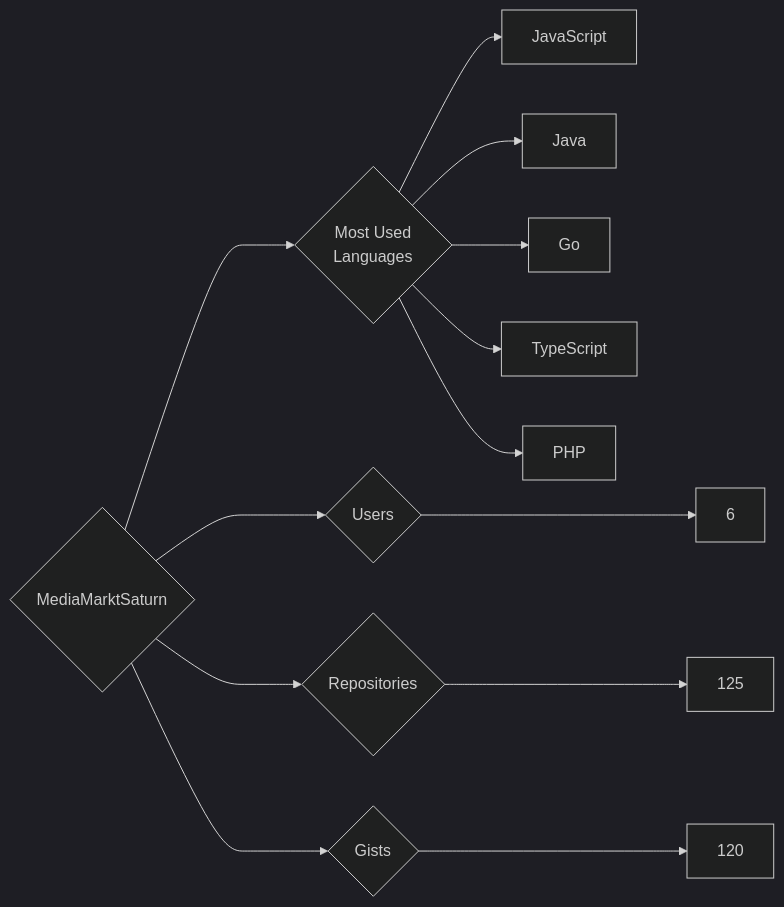
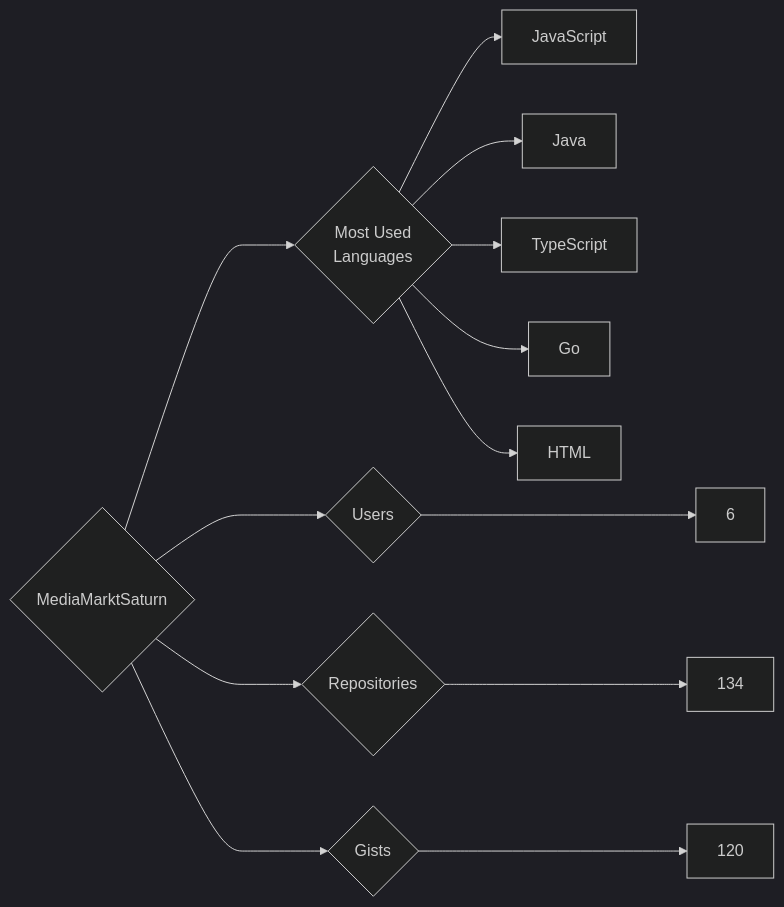
The diagram in targets/MediaMarktSaturn/README.md (trickest/insiders), drawn with Mermaid (dark theme) before and after one commit. The commit also changed 1248 other files, not shown here.

````diff
--- a/targets/MediaMarktSaturn/README.md
+++ b/targets/MediaMarktSaturn/README.md
@@ -3,13 +3,13 @@
 ```mermaid
 graph LR
 COMPANY_NAME{MediaMarktSaturn}
 COMPANY_NAME ---> U{Users} ---> UN[6]
-COMPANY_NAME ---> R{Repositories} ---> RN[125]
+COMPANY_NAME ---> R{Repositories} ---> RN[134]
 COMPANY_NAME ---> G{Gists} ---> GN[120]
 COMPANY_NAME ---> ML{Most Used<br>Languages}
 ML --> JavaScript[JavaScript]
 ML --> Java[Java]
+ML --> TypeScript[TypeScript]
 ML --> Go[Go]
-ML --> TypeScript[TypeScript]
-ML --> PHP[PHP]
+ML --> HTML[HTML]
 ```
````
